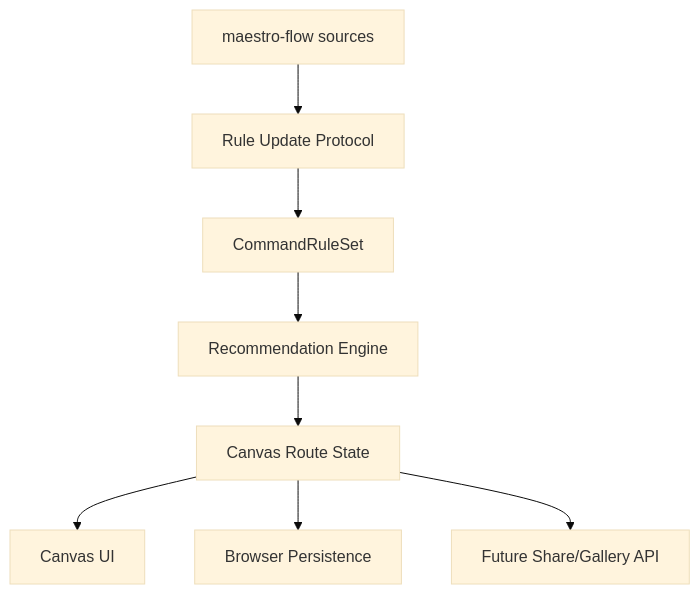
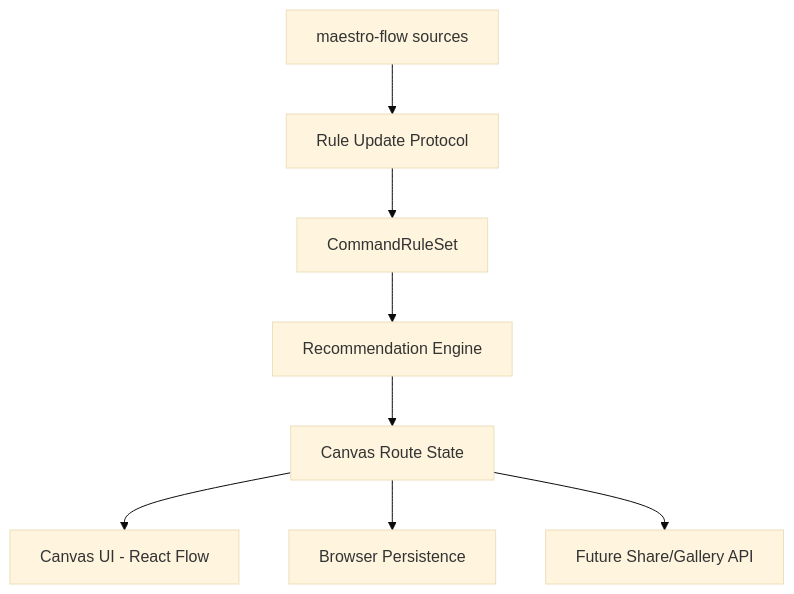
One commit to zhao-wuyan/maestro-wiki changed the diagram in .workflow/blueprint/BLP-canvas-maestro-command-recommender-2026-06-28/architecture/_index.md. Above: the diagram before and after it, drawn with Mermaid (base theme). The commit also changed other lines of this file and 6 other files, not shown here.

````diff
--- a/.workflow/blueprint/BLP-canvas-maestro-command-recommender-2026-06-28/architecture/_index.md
+++ b/.workflow/blueprint/BLP-canvas-maestro-command-recommender-2026-06-28/architecture/_index.md
@@ -10,10 +11,10 @@
 ```mermaid
 graph TD
   Sources[maestro-flow sources] --> Protocol[Rule Update Protocol]
   Protocol --> RuleSet[CommandRuleSet]
   RuleSet --> Recommender[Recommendation Engine]
   Recommender --> CanvasState[Canvas Route State]
-  CanvasState --> CanvasUI[Canvas UI]
+  CanvasState --> CanvasUI[Canvas UI - React Flow]
   CanvasState --> LocalStore[Browser Persistence]
   CanvasState --> ShareAPI[Future Share/Gallery API]
 ```
````
